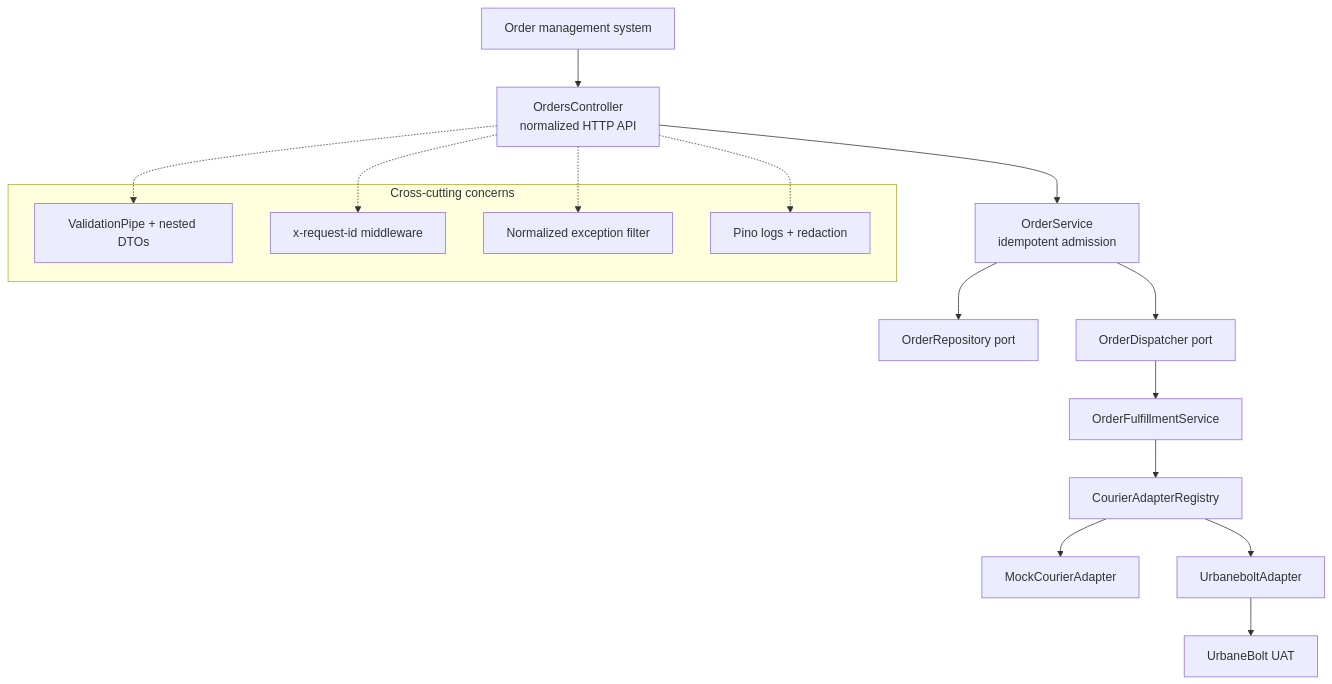
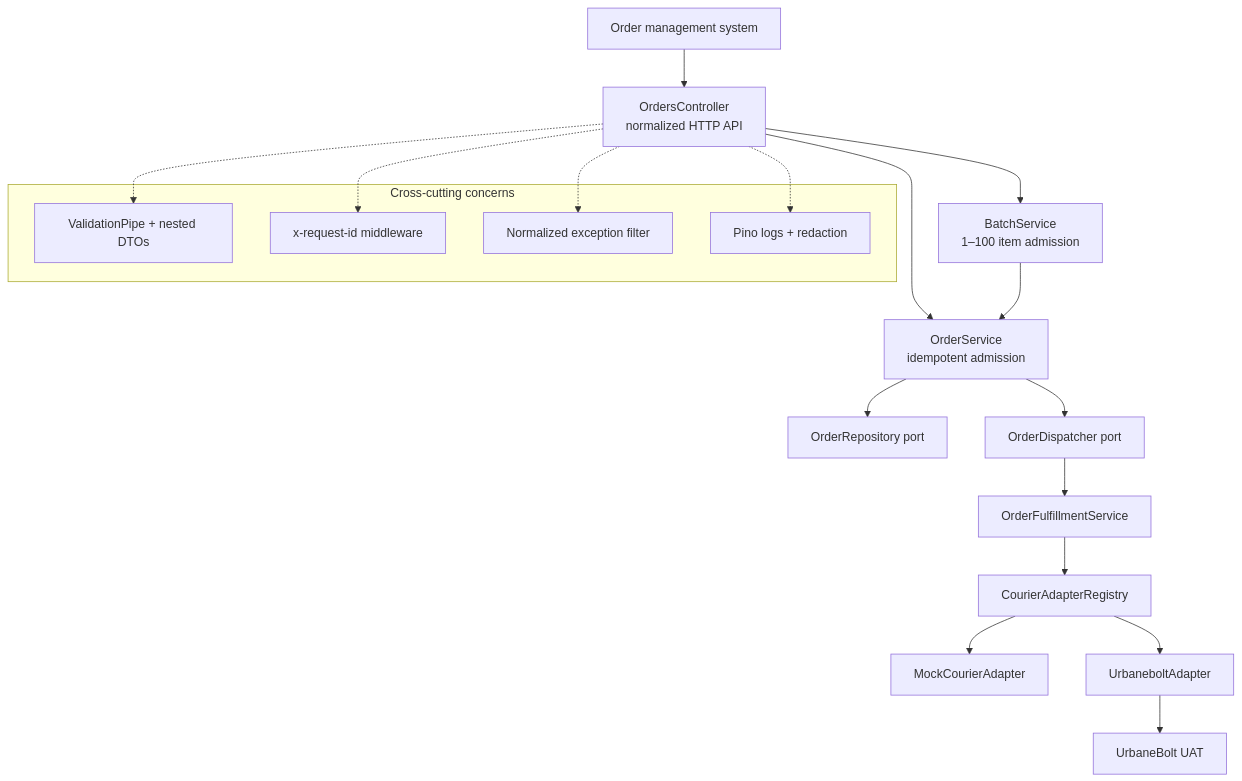
The first of 3 diagrams in DESIGN.md (shreyshreyansh/multi-courier-platform), drawn with Mermaid before and after one commit. The commit also changed other lines of this file and 6 other files, not shown here.

Commit message:
docs: add an executable reviewer guide for batch flow

````diff
--- a/DESIGN.md
+++ b/DESIGN.md
@@ -23,24 +23,26 @@
 ```mermaid
 flowchart TB
     Consumer["Order management system"] --> Controller["OrdersController<br/>normalized HTTP API"]
     Controller --> Admission["OrderService<br/>idempotent admission"]
+    Controller --> Batch["BatchService<br/>1–100 item admission"]
+    Batch --> Admission
     Admission --> Repository["OrderRepository port"]
     Admission --> Dispatcher["OrderDispatcher port"]
     Dispatcher --> Lifecycle["OrderFulfillmentService"]
     Lifecycle --> Registry["CourierAdapterRegistry"]
     Registry --> Mock["MockCourierAdapter"]
     Registry --> Urbane["UrbaneboltAdapter"]
     Urbane --> UAT["UrbaneBolt UAT"]
 
     subgraph Cross-cutting concerns
         Validation["ValidationPipe + nested DTOs"]
         RequestID["x-request-id middleware"]
         Errors["Normalized exception filter"]
         Logs["Pino logs + redaction"]
     end
 
     Controller -.-> Validation
     Controller -.-> RequestID
     Controller -.-> Errors
     Controller -.-> Logs
 ```
````
